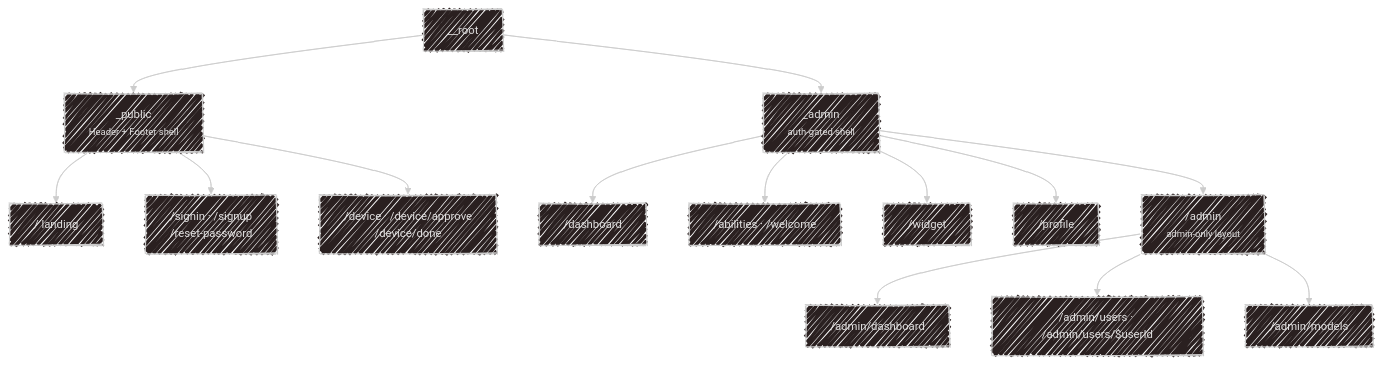
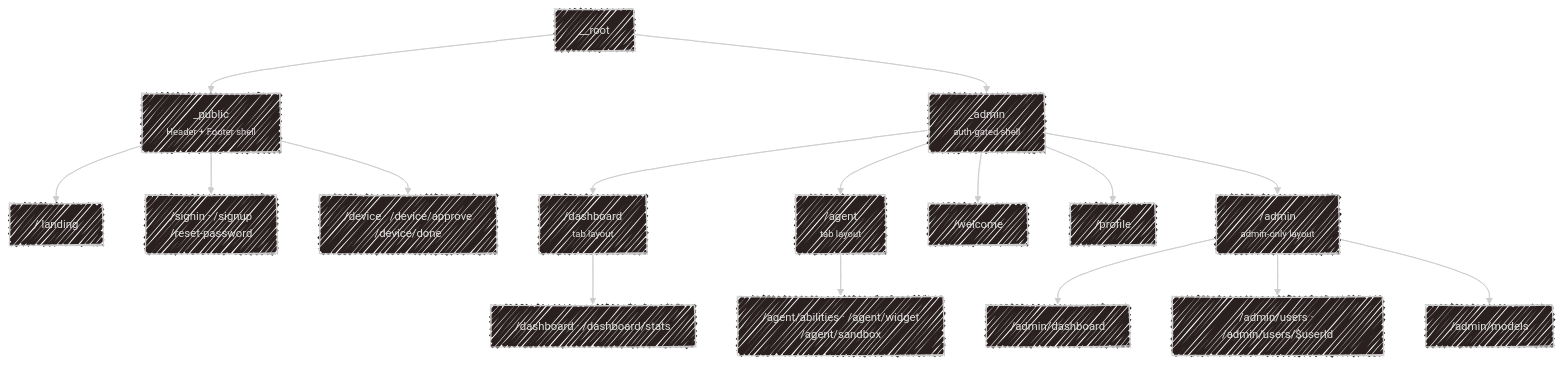
Before and after one commit to SubZtep/kaja: the diagram in docs/development/web.md, drawn with Mermaid. The commit also changed other lines of this file and 133 other files, not shown here.

````diff
--- a/docs/development/web.md
+++ b/docs/development/web.md
@@ -13,23 +13,25 @@
 ```mermaid
 ---
 config:
   look: handDrawn
   theme: neo-dark
 ---
 flowchart TD
     R["__root"] --> P["_public<br><small>Header + Footer shell</small>"]
     R --> A["_admin<br><small>auth-gated shell</small>"]
 
     P --> L["/ landing"]
     P --> S["/signin · /signup<br>/reset-password"]
     P --> D["/device · /device/approve<br>/device/done"]
 
-    A --> DA["/dashboard"]
-    A --> AB["/abilities · /welcome"]
-    A --> W["/widget"]
+    A --> DA["/dashboard<br><small>tab layout</small>"]
+    DA --> DA2["/dashboard · /dashboard/stats"]
+    A --> AG["/agent<br><small>tab layout</small>"]
+    AG --> AG2["/agent/abilities · /agent/widget<br>/agent/sandbox"]
+    A --> WE["/welcome"]
     A --> PR["/profile"]
     A --> AD["/admin<br><small>admin-only layout</small>"]
     AD --> AD2["/admin/dashboard"]
     AD --> U["/admin/users · /admin/users/$userId"]
     AD --> M["/admin/models"]
 ```
````
